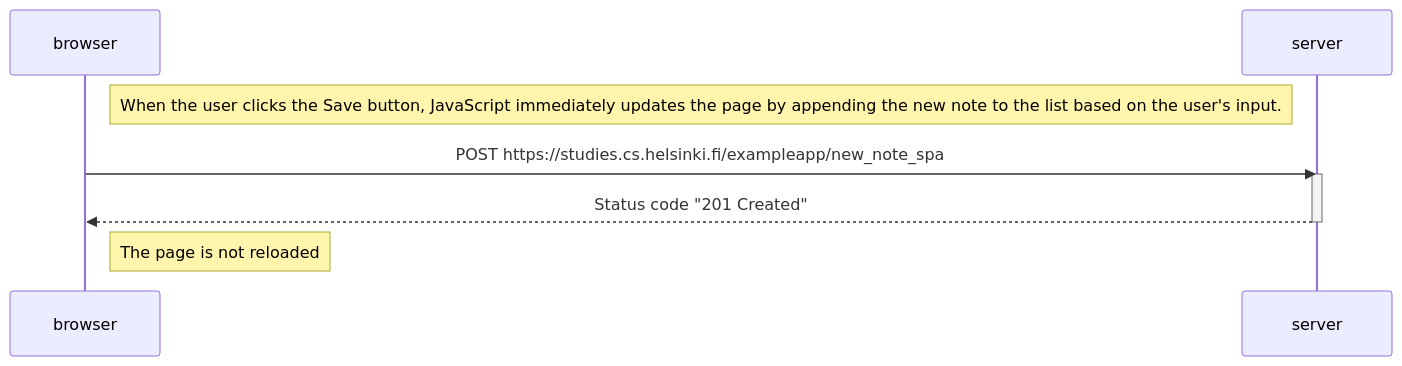
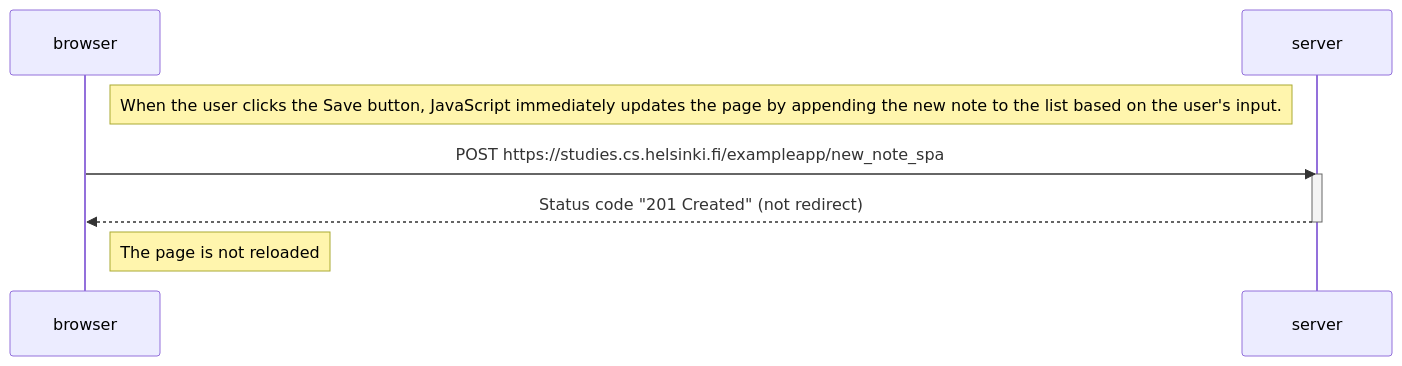
The diagram in part0/newNoteSpa.md (22akmal/fullstack-open), drawn with Mermaid before and after one commit.

Commit message:
add "(not redirect)" after Status code 201 Created

````diff
--- a/part0/newNoteSpa.md
+++ b/part0/newNoteSpa.md
@@ -1,14 +1,14 @@
 ```mermaid
 sequenceDiagram
     participant browser
     participant server
 
     Note right of browser: When the user clicks the Save button, JavaScript immediately updates the page by appending the new note to the list based on the user's input.
 
     browser->>server: POST https://studies.cs.helsinki.fi/exampleapp/new_note_spa
     activate server
-    server-->>browser: Status code "201 Created"
+    server-->>browser: Status code "201 Created" (not redirect)
     deactivate server
 
     Note right of browser: The page is not reloaded
 ```
````
